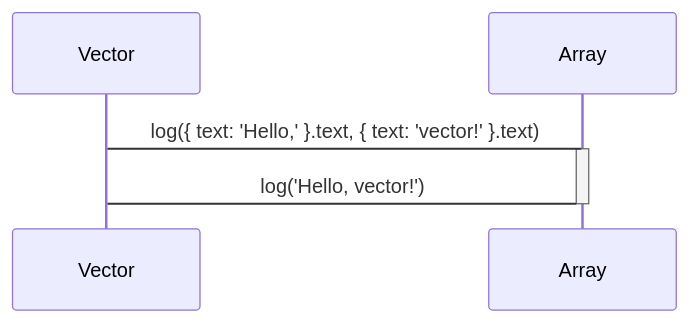
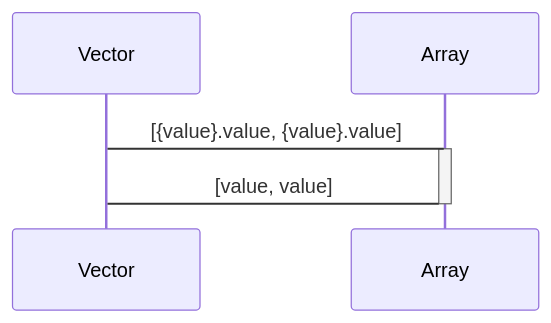
The third of 4 diagrams in README.md (domrally/peekeasy), drawn with Mermaid before and after one commit. The commit also changed other lines of this file and 1 other file, not shown here.

````diff
--- a/README.md
+++ b/README.md
@@ -96,7 +102,7 @@
 ```mermaid
 sequenceDiagram
-    Vector->Array: log({ text: 'Hello,' }.text, { text: 'vector!' }.text)
+    Vector->Array: [{value}.value, {value}.value]
     activate Array
-    Array->Vector: log('Hello, vector!')
+    Array->Vector: [value, value]
     deactivate Array
 ```
````
